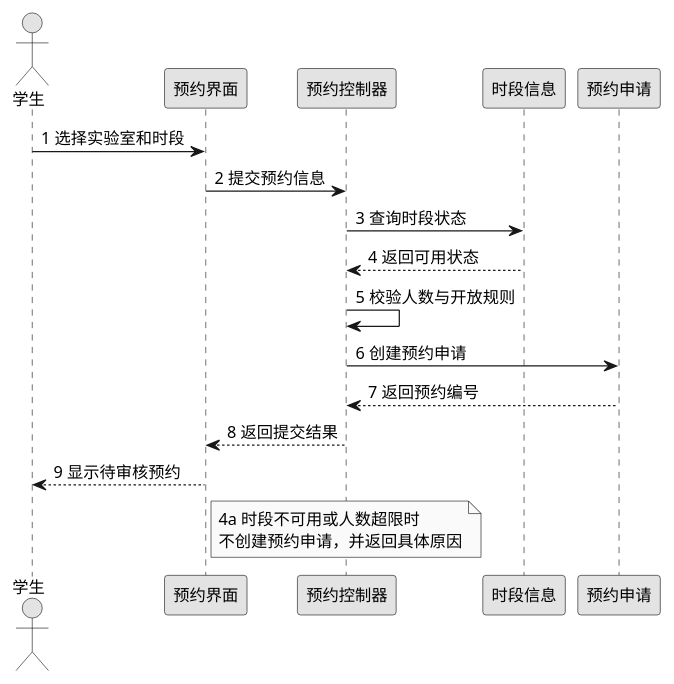
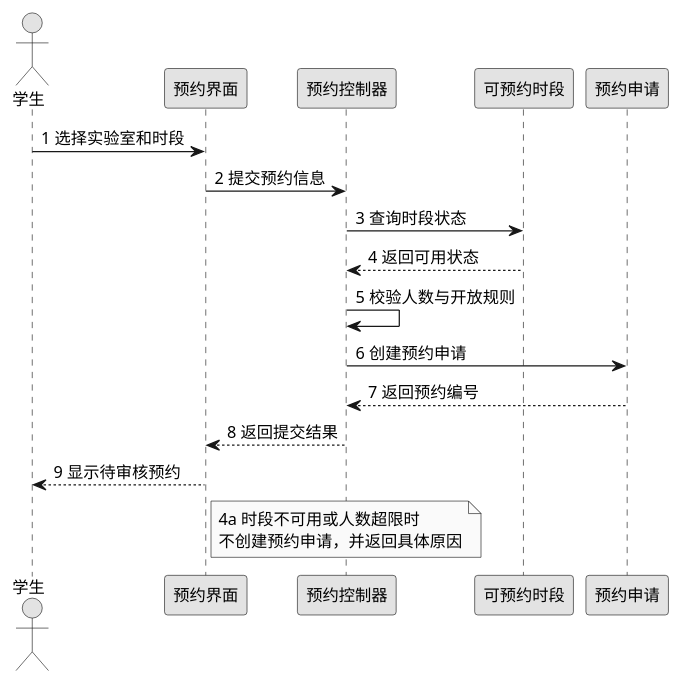
The diagram in diagrams/04_提交预约申请顺序图.puml (bhadaljf/32406300118), drawn with PlantUML before and after one commit. The commit also changed 4 other files, not shown here.

First line of the commit message:
docs: 顺序图生命线与类图对齐

```diff
--- a/diagrams/04_提交预约申请顺序图.puml
+++ b/diagrams/04_提交预约申请顺序图.puml
@@ -1,25 +1,25 @@
 @startuml
 skinparam monochrome true
 skinparam shadowing false
 skinparam defaultFontName "Microsoft YaHei"
 skinparam defaultFontSize 13
 skinparam sequenceMessageAlign left
 
 actor 学生 as S
 participant "预约界面" as UI
 participant "预约控制器" as C
-participant "时段信息" as T
+participant "可预约时段" as T
 participant "预约申请" as R
 
 S -> UI : 1 选择实验室和时段
 UI -> C : 2 提交预约信息
 C -> T : 3 查询时段状态
 T --> C : 4 返回可用状态
 C -> C : 5 校验人数与开放规则
 C -> R : 6 创建预约申请
 R --> C : 7 返回预约编号
 C --> UI : 8 返回提交结果
 UI --> S : 9 显示待审核预约
 
 note over C : 4a 时段不可用或人数超限时\n不创建预约申请，并返回具体原因
 @enduml
```
